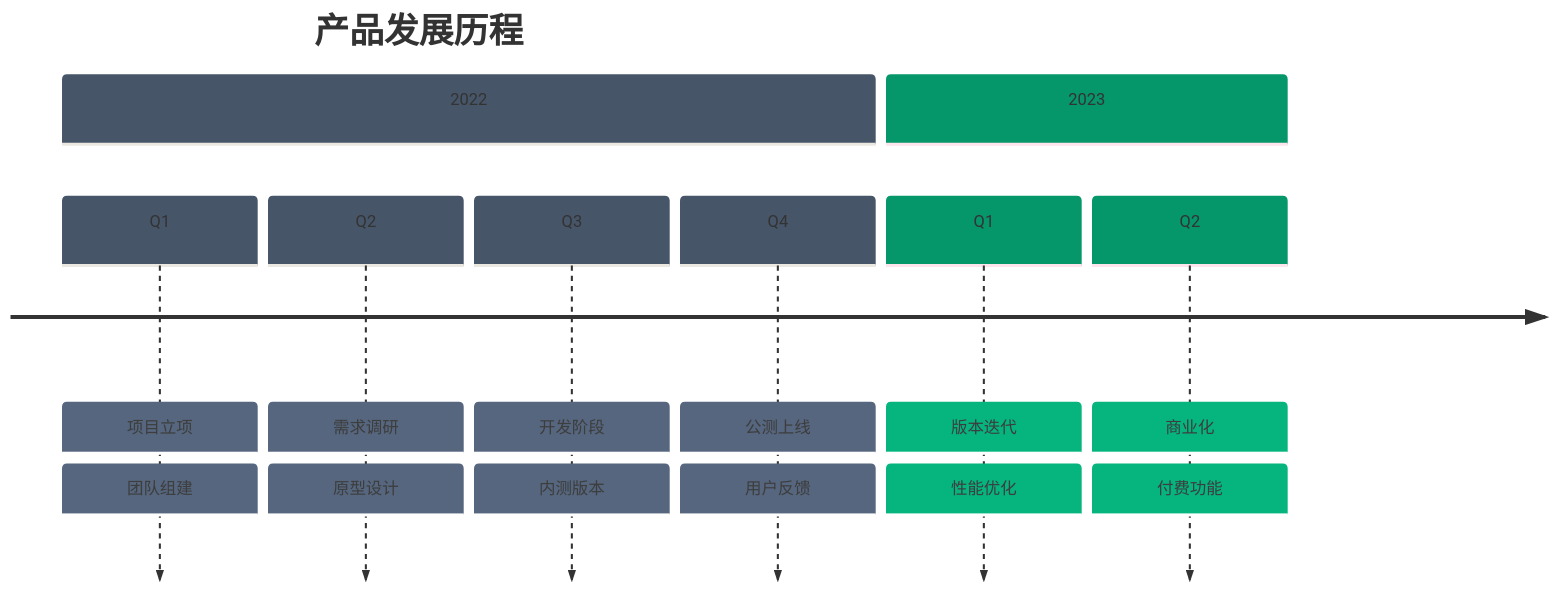
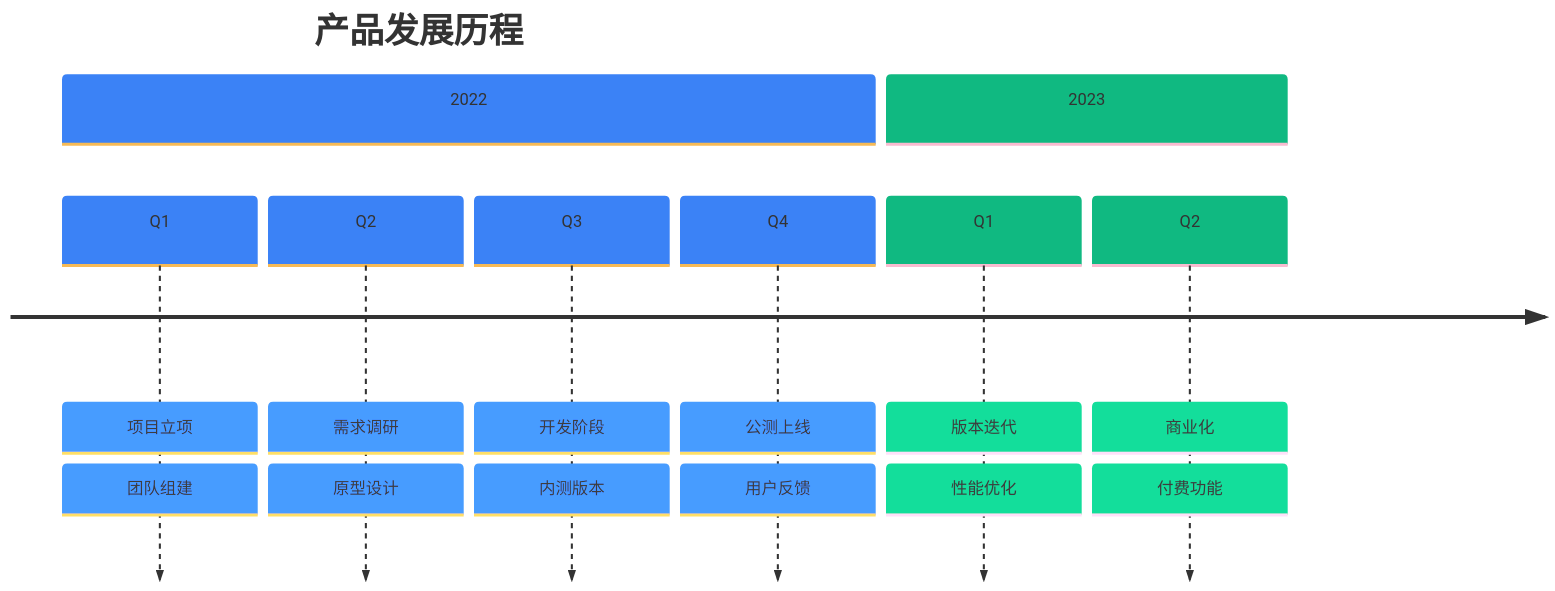
Before and after one commit to unix2dos/skills: diagram 15 of 17 in mermaid-generator/SKILL.md, drawn with Mermaid. The commit also changed other lines of this file, not shown here.

Commit message:
feat: Update Mermaid theme colors to a brighter blue palette

````diff
--- a/mermaid-generator/SKILL.md
+++ b/mermaid-generator/SKILL.md
@@ -476,13 +476,13 @@
 ```mermaid
-%%{init: {'theme': 'base', 'themeVariables': {'cScale0': '#475569', 'cScale1': '#059669', 'cScale2': '#D97706', 'cScale3': '#DC2626'}}}%%
+%%{init: {'theme': 'base', 'themeVariables': {'cScale0': '#3B82F6', 'cScale1': '#10B981', 'cScale2': '#F59E0B', 'cScale3': '#EF4444'}}}%%
 timeline
     title 产品发展历程
     section 2022
         Q1 : 项目立项 : 团队组建
         Q2 : 需求调研 : 原型设计
         Q3 : 开发阶段 : 内测版本
         Q4 : 公测上线 : 用户反馈
     section 2023
         Q1 : 版本迭代 : 性能优化
         Q2 : 商业化 : 付费功能
 ```
````
